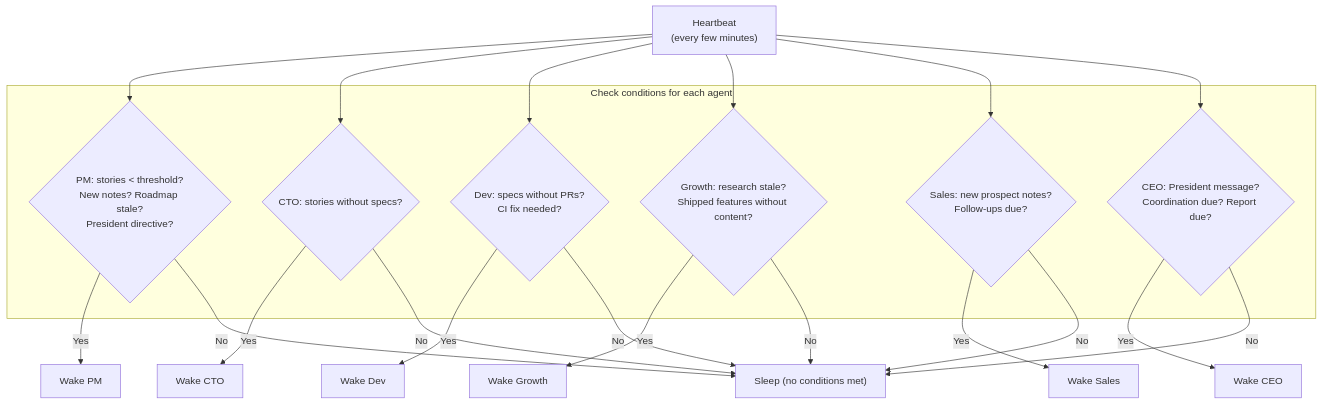
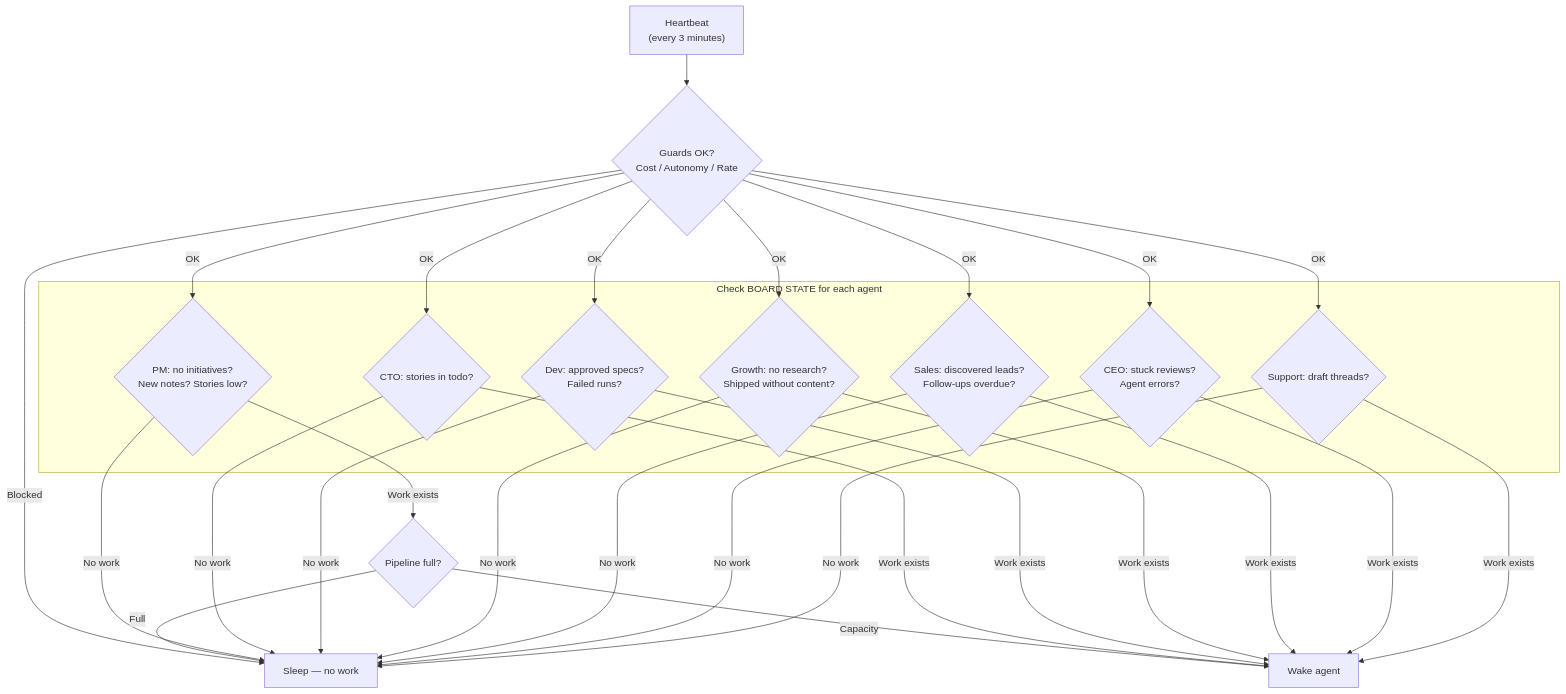
The fourth of 11 diagrams in docs/autopilot_arch_graph.md (damien-schneider/reflet), drawn with Mermaid before and after one commit. The commit also changed other lines of this file and 144 other files, not shown here.

First line of the commit message:
refactor(autopilot): remove unused modules and consolidate schema into work/activity system

````diff
--- a/docs/autopilot_arch_graph.md
+++ b/docs/autopilot_arch_graph.md
@@ -76,36 +109,41 @@
 ```mermaid
 graph TB
-    HEARTBEAT["Heartbeat<br/>(every few minutes)"]
+    HEARTBEAT["Heartbeat<br/>(every 3 minutes)"]
+    GUARDS{"Guards OK?<br/>Cost / Autonomy / Rate"}
 
-    subgraph "Check conditions for each agent"
-        C_PM{"PM: stories < threshold?<br/>New notes? Roadmap stale?<br/>President directive?"}
-        C_CTO{"CTO: stories without specs?"}
-        C_DEV{"Dev: specs without PRs?<br/>CI fix needed?"}
-        C_GROWTH{"Growth: research stale?<br/>Shipped features without content?"}
-        C_SALES{"Sales: new prospect notes?<br/>Follow-ups due?"}
-        C_CEO{"CEO: President message?<br/>Coordination due? Report due?"}
+    subgraph "Check BOARD STATE for each agent"
+        C_PM{"PM: no initiatives?<br/>New notes? Stories low?"}
+        C_CTO{"CTO: stories in todo?"}
+        C_DEV{"Dev: approved specs?<br/>Failed runs?"}
+        C_GROWTH{"Growth: no research?<br/>Shipped without content?"}
+        C_SALES{"Sales: discovered leads?<br/>Follow-ups overdue?"}
+        C_CEO{"CEO: stuck reviews?<br/>Agent errors?"}
+        C_SUPPORT{"Support: draft threads?"}
     end
 
-    WAKE_PM["Wake PM"]
-    WAKE_CTO["Wake CTO"]
-    WAKE_DEV["Wake Dev"]
-    WAKE_GROWTH["Wake Growth"]
-    WAKE_SALES["Wake Sales"]
-    WAKE_CEO["Wake CEO"]
-    SLEEP["Sleep (no conditions met)"]
+    CAP{"Pipeline full?"}
+    WAKE["Wake agent"]
+    SLEEP["Sleep — no work"]
 
-    HEARTBEAT --> C_PM & C_CTO & C_DEV & C_GROWTH & C_SALES & C_CEO
+    HEARTBEAT --> GUARDS
+    GUARDS -->|"Blocked"| SLEEP
+    GUARDS -->|"OK"| C_PM & C_CTO & C_DEV & C_GROWTH & C_SALES & C_CEO & C_SUPPORT
 
-    C_PM -->|"Yes"| WAKE_PM
-    C_PM -->|"No"| SLEEP
-    C_CTO -->|"Yes"| WAKE_CTO
-    C_CTO -->|"No"| SLEEP
-    C_DEV -->|"Yes"| WAKE_DEV
-    C_DEV -->|"No"| SLEEP
-    C_GROWTH -->|"Yes"| WAKE_GROWTH
-    C_GROWTH -->|"No"| SLEEP
-    C_SALES -->|"Yes"| WAKE_SALES
-    C_SALES -->|"No"| SLEEP
-    C_CEO -->|"Yes"| WAKE_CEO
-    C_CEO -->|"No"| SLEEP
+    C_PM -->|"Work exists"| CAP
+    CAP -->|"Full"| SLEEP
+    CAP -->|"Capacity"| WAKE
+    C_CTO -->|"Work exists"| WAKE
+    C_DEV -->|"Work exists"| WAKE
+    C_GROWTH -->|"Work exists"| WAKE
+    C_SALES -->|"Work exists"| WAKE
+    C_CEO -->|"Work exists"| WAKE
+    C_SUPPORT -->|"Work exists"| WAKE
+
+    C_PM -->|"No work"| SLEEP
+    C_CTO -->|"No work"| SLEEP
+    C_DEV -->|"No work"| SLEEP
+    C_GROWTH -->|"No work"| SLEEP
+    C_SALES -->|"No work"| SLEEP
+    C_CEO -->|"No work"| SLEEP
+    C_SUPPORT -->|"No work"| SLEEP
 ```
````
